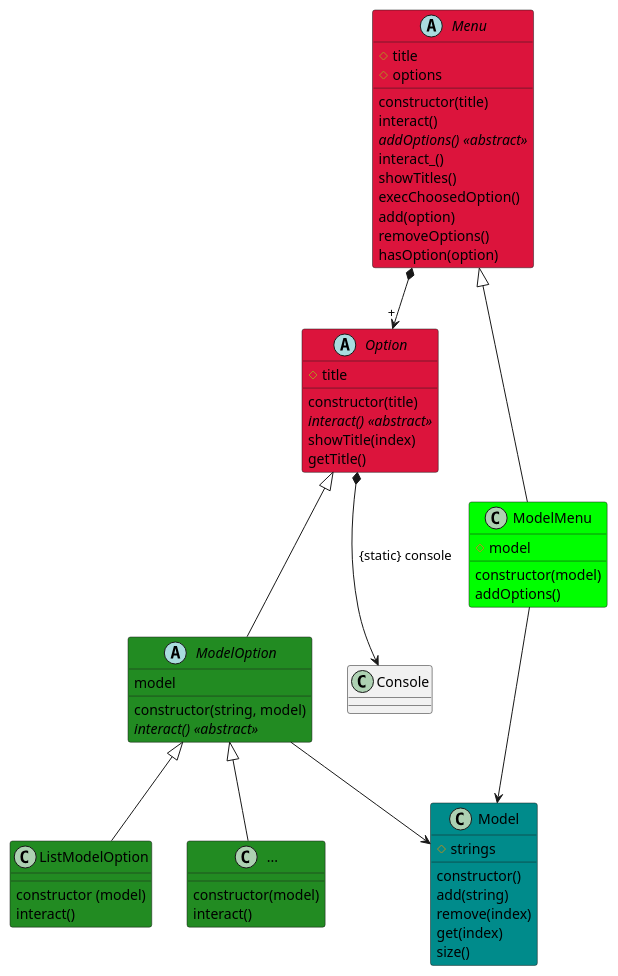
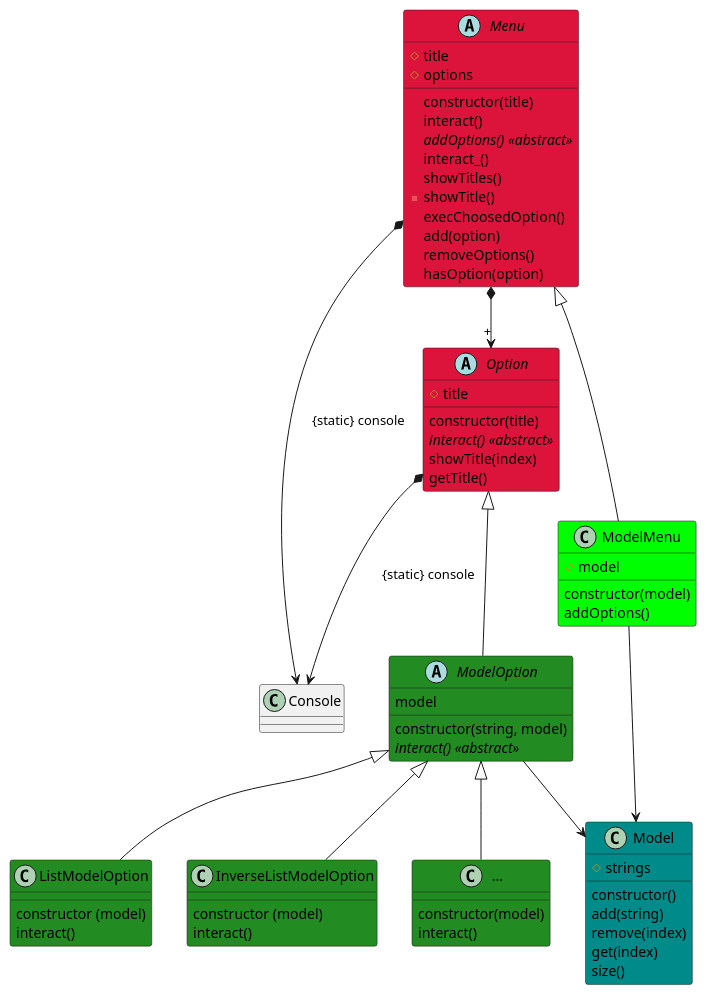
One commit to xuteo/menus changed the diagram in 1. Model Menu/classDiagram.plantuml. Above: the diagram before and after it, drawn with PlantUML. The commit also changed 1 other file, not shown here.

Commit message:
update class diagram

```diff
--- a/1. Model Menu/classDiagram.plantuml
+++ b/1. Model Menu/classDiagram.plantuml
@@ -1,75 +1,84 @@
 @startuml
 
 class Console
 
 abstract class Option #crimson {
     #title
     constructor(title)
     {abstract} interact() <<abstract>>
     showTitle(index)
     getTitle()
 }
 
 Option *-down-> Console : {static} console
 
 abstract class Menu #crimson {
     #title
     #options
     constructor(title)
     interact()
     {abstract} addOptions() <<abstract>>
     interact_()
     showTitles()
+    -showTitle()
     execChoosedOption()
     add(option)
     removeOptions()
     hasOption(option)
 }
 
 
 Menu *-down-> "+" Option
+Menu *-down-> Console : {static} console
 
 class Model #darkCyan {
     #strings
     constructor()
     add(string)
     remove(index)
     get(index)
     size()
 }
 
 abstract class ModelOption #forestGreen {
     model
     constructor(string, model)
     {abstract} interact() <<abstract>>
 }
 
 ModelOption -down-> Model
 Option <|-down- ModelOption
 
 class ListModelOption #forestGreen {
     constructor (model)
     interact()
 }
 
 ModelOption <|-down- ListModelOption
 
 
+class InverseListModelOption #forestGreen {
+    constructor (model)
+    interact()
+}
+
+ModelOption <|-down- InverseListModelOption
+
 class X as "..."  #forestGreen {
     constructor(model)
     interact()
 }
 
 ModelOption <|-down- X
 
 class ModelMenu  #Lime {
     #model
     constructor(model)
     addOptions()
 }
 
 Menu <|-down- ModelMenu
 ModelMenu -down-> Model
 
 
 @enduml
```
